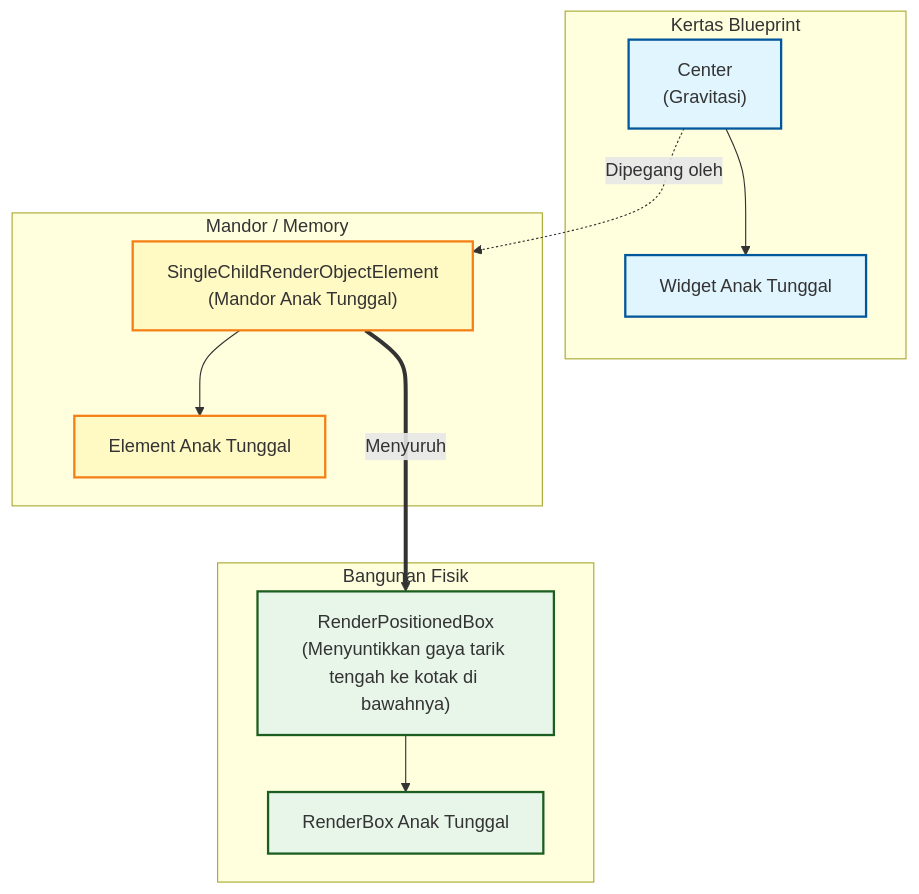
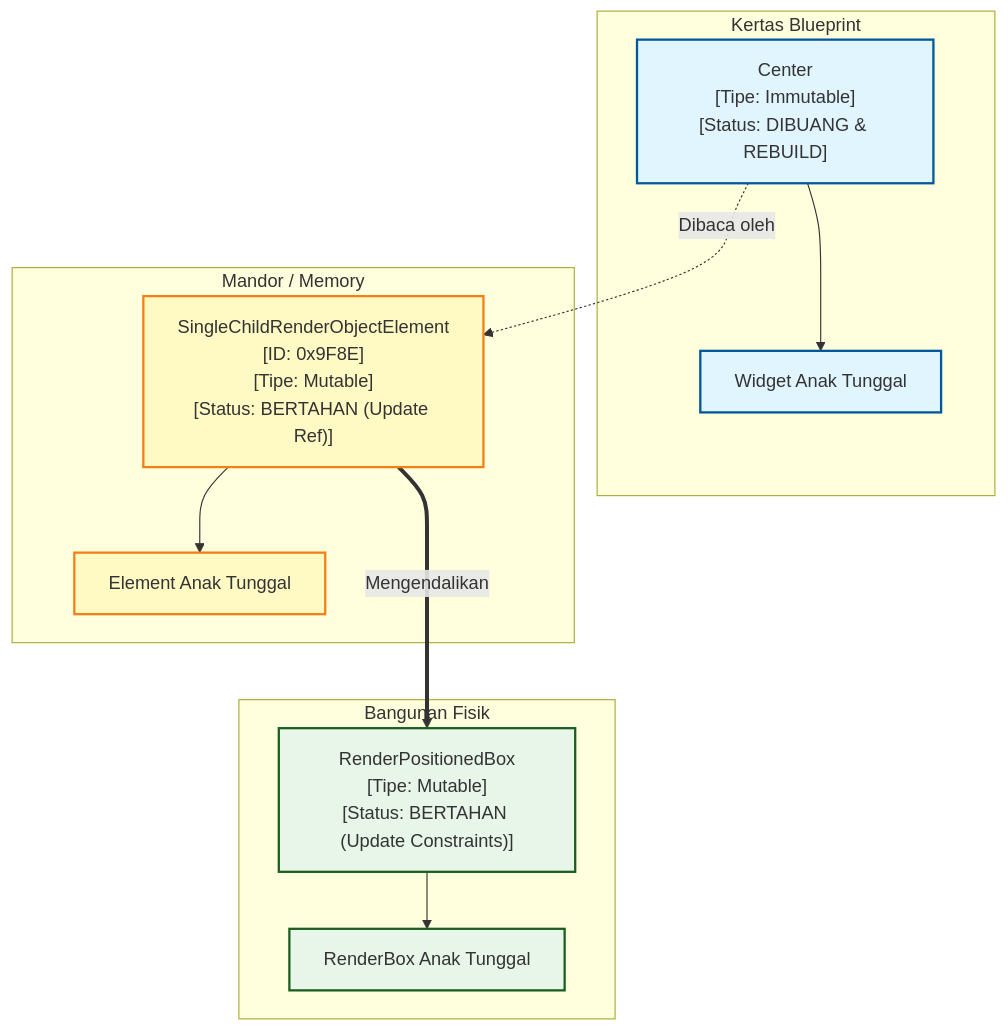
The fourth of 5 diagrams in belajar/master_widget_tree_anatomy.md (nunutech40/SuperViews), drawn with Mermaid before and after one commit. The commit also changed other lines of this file, not shown here.

Commit message:
docs: add data types and state lifecycle status to taxonomy anatomy diagrams

````diff
--- a/belajar/master_widget_tree_anatomy.md
+++ b/belajar/master_widget_tree_anatomy.md
@@ -189,27 +189,27 @@
 ```mermaid
 graph TD
     classDef widget fill:#e1f5fe,stroke:#01579b,stroke-width:2px;
     classDef element fill:#fff9c4,stroke:#f57f17,stroke-width:2px;
     classDef render fill:#e8f5e9,stroke:#1b5e20,stroke-width:2px;
 
     %% WIDGET TREE
     subgraph WIDGET_TREE [Kertas Blueprint]
-        W1["Center<br>(Gravitasi)"]:::widget
+        W1["Center<br>[Tipe: Immutable]<br>[Status: DIBUANG & REBUILD]"]:::widget
         W1 --> W2["Widget Anak Tunggal"]:::widget
     end
 
     %% ELEMENT TREE
     subgraph ELEMENT_TREE [Mandor / Memory]
-        E1["SingleChildRenderObjectElement<br>(Mandor Anak Tunggal)"]:::element
+        E1["SingleChildRenderObjectElement<br>[ID: 0x9F8E]<br>[Tipe: Mutable]<br>[Status: BERTAHAN (Update Ref)]"]:::element
         E1 --> E2["Element Anak Tunggal"]:::element
     end
 
     %% RENDER OBJECT TREE
     subgraph RENDEROBJECT_TREE [Bangunan Fisik]
-        R1["RenderPositionedBox<br>(Menyuntikkan gaya tarik tengah ke kotak di bawahnya)"]:::render
+        R1["RenderPositionedBox<br>[Tipe: Mutable]<br>[Status: BERTAHAN (Update Constraints)]"]:::render
         R1 --> R2["RenderBox Anak Tunggal"]:::render
     end
 
-    W1 -.->|"Dipegang oleh"| E1
-    E1 ===>|"Menyuruh"| R1
+    W1 -.->|"Dibaca oleh"| E1
+    E1 ===>|"Mengendalikan"| R1
 ```
````
